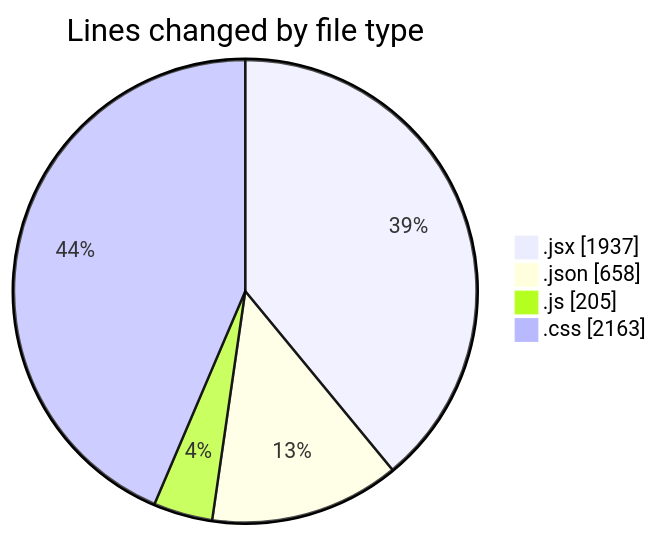
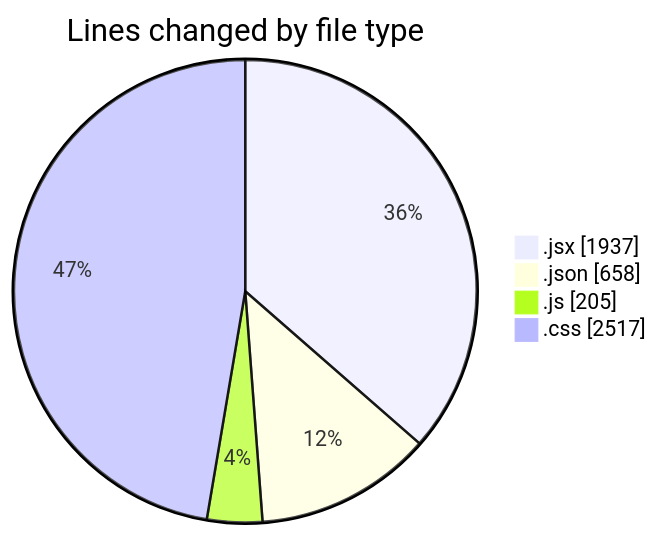
The first of 2 diagrams in 2025-05-04/project/README.md (BS-eng2023/code-tracking), drawn with Mermaid before and after one commit. The commit also changed other lines of this file and 1 other file, not shown here.

````diff
--- a/2025-05-04/project/README.md
+++ b/2025-05-04/project/README.md
@@ -43,8 +43,8 @@
 ```mermaid
 pie showData
 title Lines changed by file type
 ".jsx" : 1937
 ".json" : 658
 ".js" : 205
-".css" : 2163
+".css" : 2517
 ```
````
